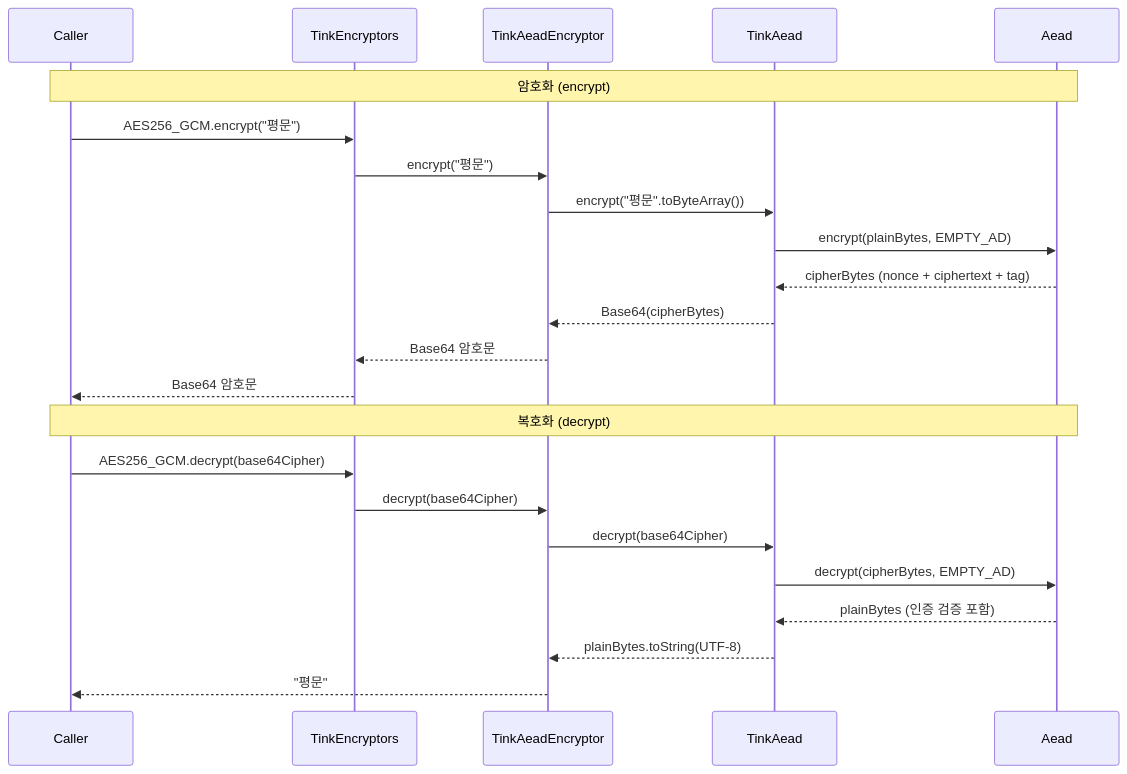
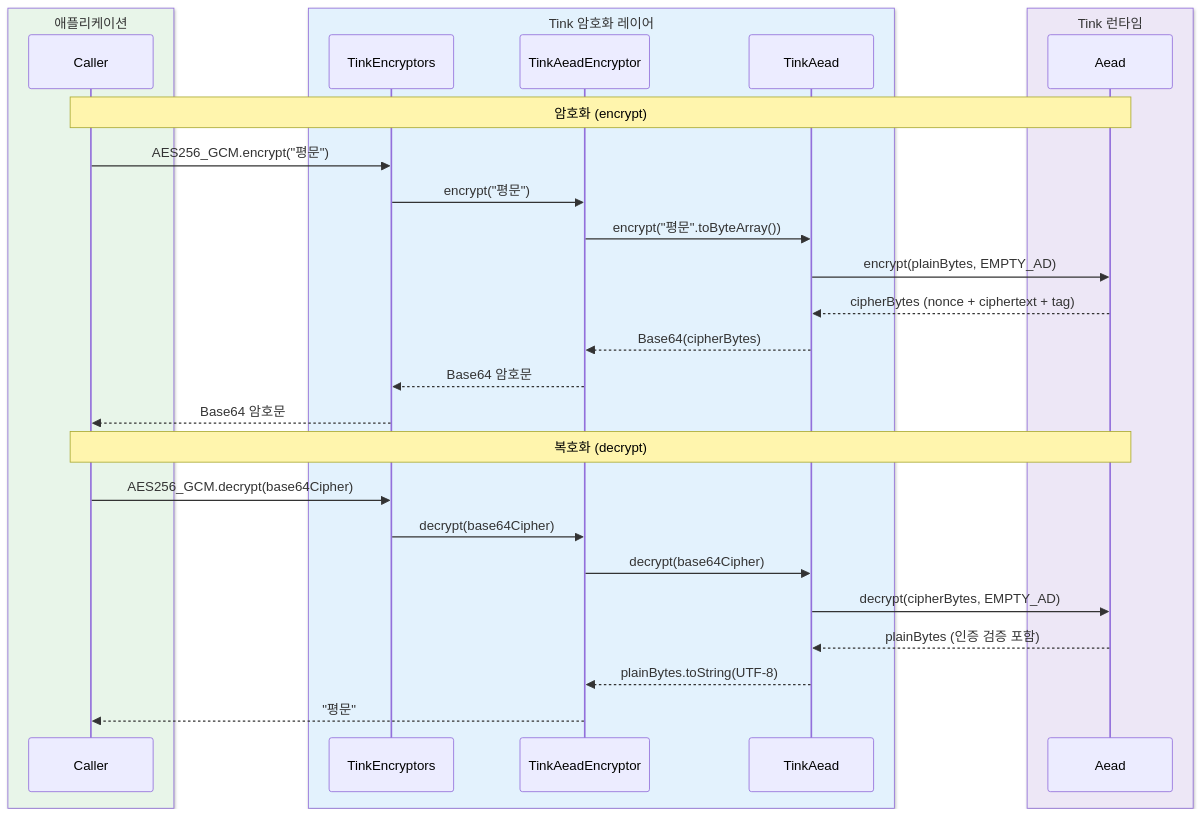
The second of 2 diagrams in io/tink/README.ko.md (bluetape4k/bluetape4k-projects), drawn with Mermaid before and after one commit. The commit also changed other lines of this file and 221 other files, not shown here.

First line of the commit message:
docs: 전체 모듈 README UML 다이어그램 보강 및 색상 업그레이드

````diff
--- a/io/tink/README.ko.md
+++ b/io/tink/README.ko.md
@@ -353,27 +364,33 @@
 ```mermaid
 sequenceDiagram
-    participant Caller
-    participant TinkEncryptors
-    participant TinkAeadEncryptor
-    participant TinkAead
-    participant Aead
+    box rgb(232, 245, 233) 애플리케이션
+        participant Caller
+    end
+    box rgb(227, 242, 253) Tink 암호화 레이어
+        participant TinkEncryptors
+        participant TinkAeadEncryptor
+        participant TinkAead
+    end
+    box rgb(237, 231, 246) Tink 런타임
+        participant Aead
+    end
 
     Note over Caller,Aead: 암호화 (encrypt)
     Caller->>TinkEncryptors: AES256_GCM.encrypt("평문")
     TinkEncryptors->>TinkAeadEncryptor: encrypt("평문")
     TinkAeadEncryptor->>TinkAead: encrypt("평문".toByteArray())
     TinkAead->>Aead: encrypt(plainBytes, EMPTY_AD)
     Aead-->>TinkAead: cipherBytes (nonce + ciphertext + tag)
     TinkAead-->>TinkAeadEncryptor: Base64(cipherBytes)
     TinkAeadEncryptor-->>TinkEncryptors: Base64 암호문
     TinkEncryptors-->>Caller: Base64 암호문
 
     Note over Caller,Aead: 복호화 (decrypt)
     Caller->>TinkEncryptors: AES256_GCM.decrypt(base64Cipher)
     TinkEncryptors->>TinkAeadEncryptor: decrypt(base64Cipher)
     TinkAeadEncryptor->>TinkAead: decrypt(base64Cipher)
     TinkAead->>Aead: decrypt(cipherBytes, EMPTY_AD)
     Aead-->>TinkAead: plainBytes (인증 검증 포함)
     TinkAead-->>TinkAeadEncryptor: plainBytes.toString(UTF-8)
     TinkAeadEncryptor-->>Caller: "평문"
 ```
````
